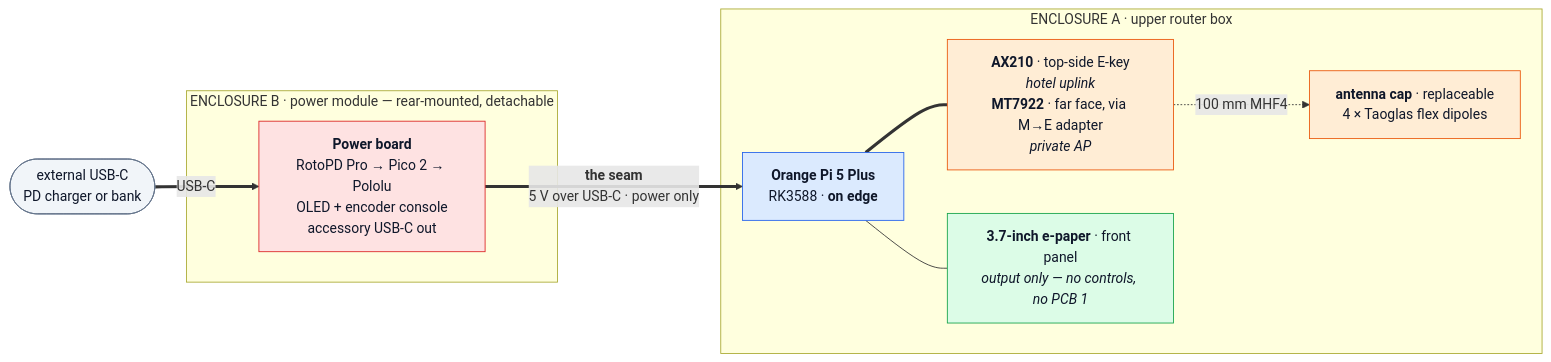
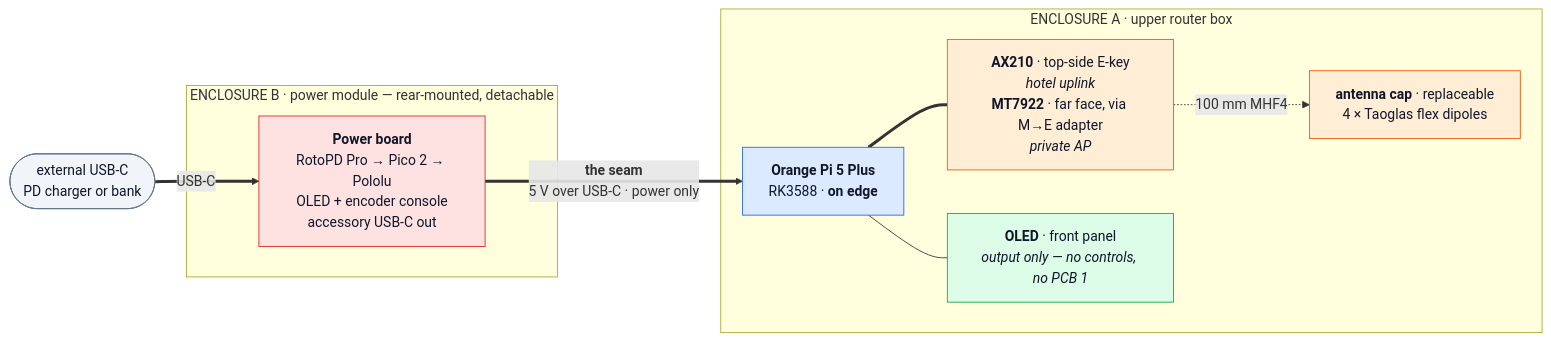
The diagram in README.md (ParkWardRR/vezha), drawn with Mermaid before and after one commit. The commit also changed other lines of this file and 17 other files, not shown here.

First line of the commit message:
Switch the front panel to OLED, and state decisions without the history

````diff
--- a/README.md
+++ b/README.md
@@ -88,28 +86,28 @@
 ```mermaid
 flowchart LR
     CHG([external USB-C<br/>PD charger or bank]):::ext
 
     subgraph B["ENCLOSURE B · power module — rear-mounted, detachable"]
         PCB2["<b>Power board</b><br/>RotoPD Pro → Pico 2 → Pololu<br/>OLED + encoder console<br/>accessory USB-C out"]:::pwr
     end
 
     subgraph A["ENCLOSURE A · upper router box"]
         CAP["<b>antenna cap</b> · replaceable<br/>4 × Taoglas flex dipoles"]:::rf
         PI["<b>Orange Pi 5 Plus</b><br/>RK3588 · <b>on edge</b>"]:::core
         RAD["<b>AX210</b> · top-side E-key<br/><i>hotel uplink</i><br/><b>MT7922</b> · far face, via M→E adapter<br/><i>private AP</i>"]:::rf
-        EPD["<b>3.7-inch e-paper</b> · front panel<br/><i>output only — no controls, no PCB 1</i>"]:::ctl
+        EPD["<b>OLED</b> · front panel<br/><i>output only — no controls, no PCB 1</i>"]:::ctl
         PI === RAD
         RAD -.->|"100 mm MHF4"| CAP
         PI --- EPD
     end
 
     CHG ==>|USB-C| PCB2
     PCB2 ==>|"<b>the seam</b><br/>5 V over USB-C · power only"| PI
 
     classDef ext  fill:#f1f5f9,stroke:#64748b,color:#0f172a
     classDef pwr  fill:#fee2e2,stroke:#dc2626,color:#0f172a
     classDef ctl  fill:#dcfce7,stroke:#16a34a,color:#0f172a
     classDef core fill:#dbeafe,stroke:#2563eb,color:#0f172a
     classDef rf   fill:#ffedd5,stroke:#ea580c,color:#0f172a
     classDef ghost fill:#f8fafc,stroke:#cbd5e1,color:#64748b
 ```
````
